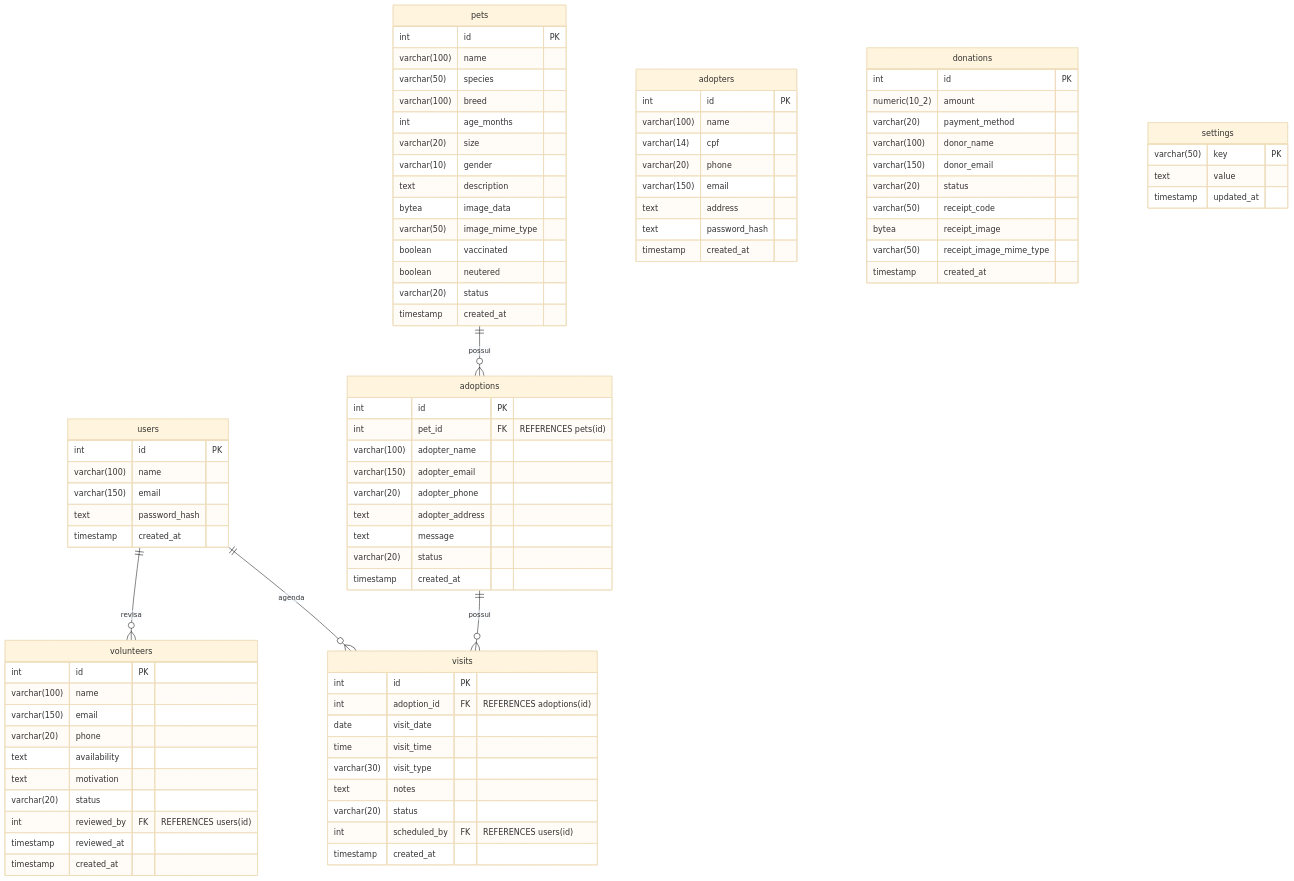
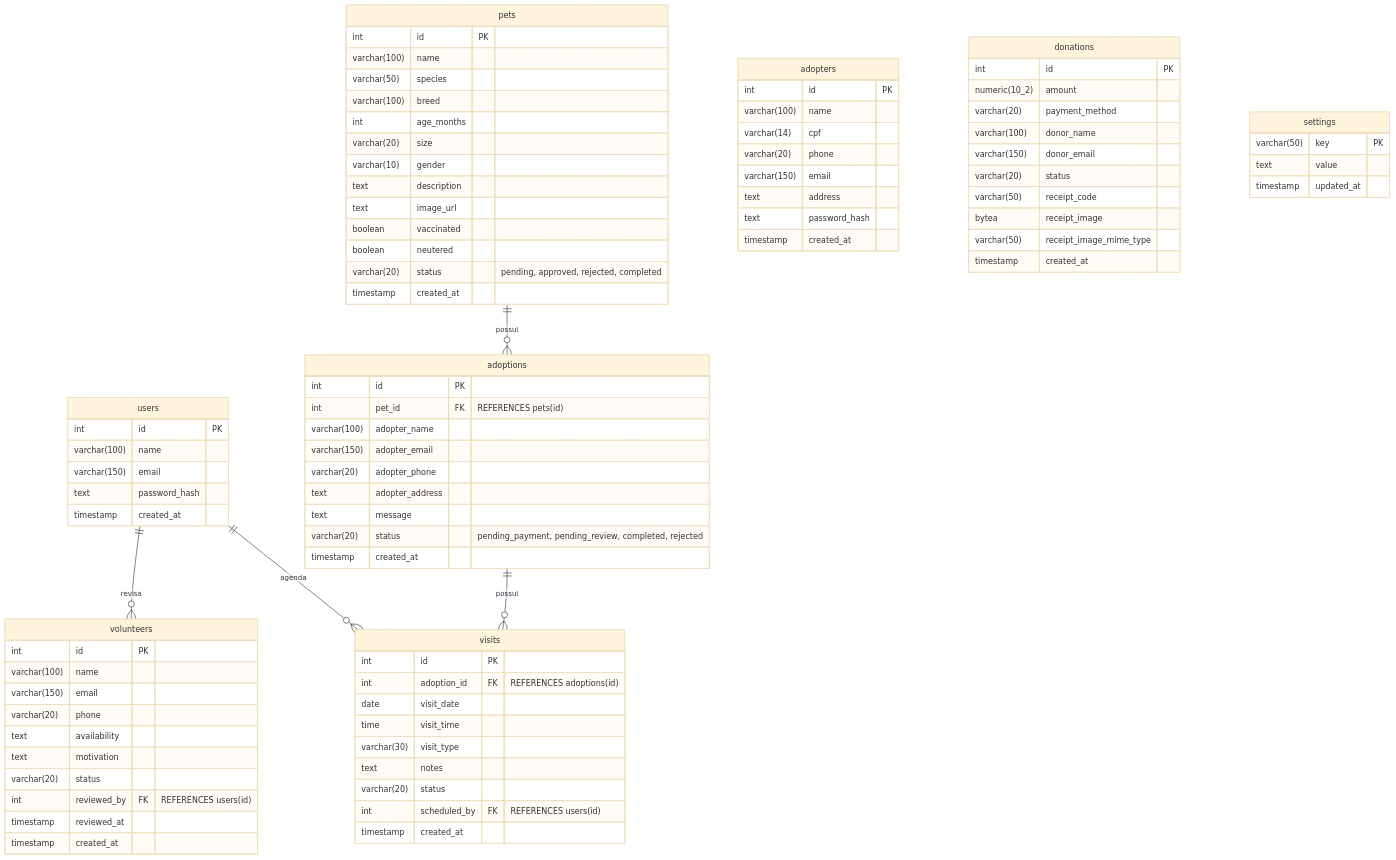
One commit to Unlucky-boy/Adota-pet changed the diagram in docs/database_ER_model.md. Above: the diagram before and after it, drawn with Mermaid (base theme). The commit also changed other lines of this file and 24 other files, not shown here.

```diff
--- a/docs/database_ER_model.md
+++ b/docs/database_ER_model.md
@@ -28,11 +28,10 @@
         varchar(20) size
         varchar(10) gender
         text description
-        bytea image_data
-        varchar(50) image_mime_type
+        text image_url
         boolean vaccinated
         boolean neutered
-        varchar(20) status
+        varchar(20) status "pending, approved, rejected, completed"
         timestamp created_at
     }
 
@@ -44,7 +43,7 @@
         varchar(20) adopter_phone
         text adopter_address
         text message
-        varchar(20) status
+        varchar(20) status "pending_payment, pending_review, completed, rejected"
         timestamp created_at
     }
 
```
